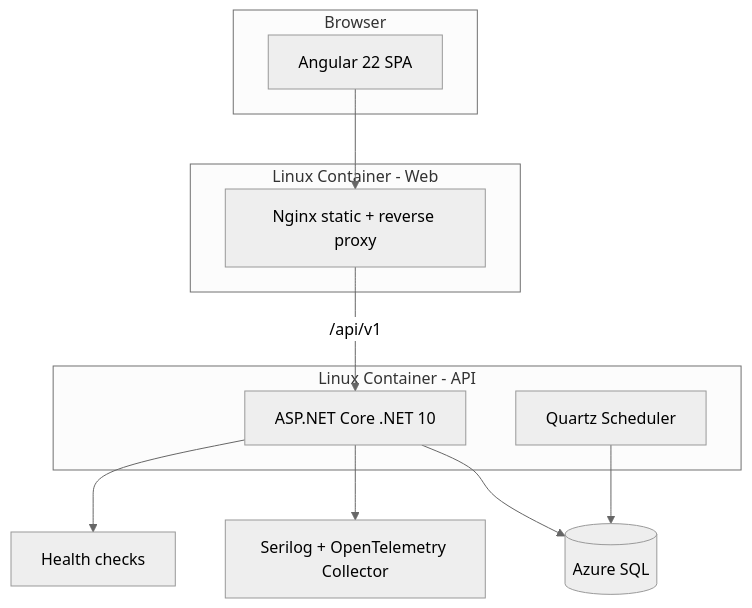
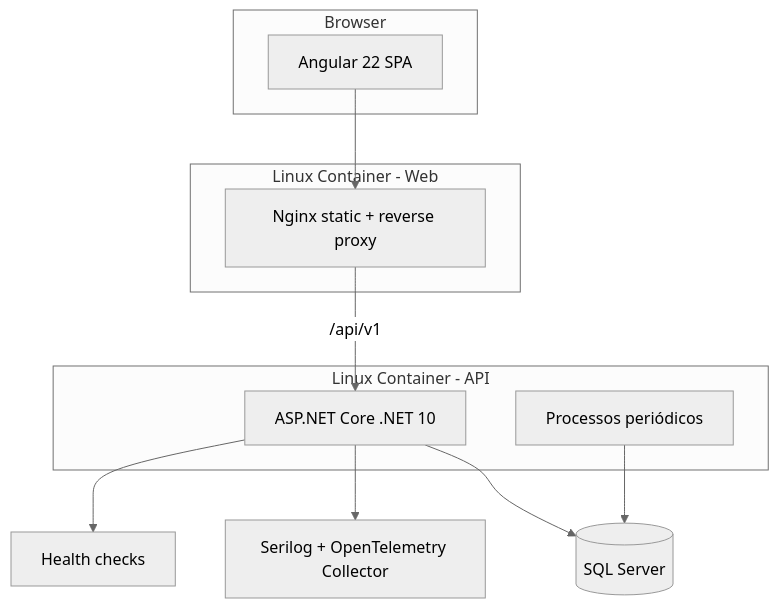
One commit to buenoIago/PontoBarber changed the second of 2 diagrams in docs/TDD.md. Above: the diagram before and after it, drawn with Mermaid (neutral theme). The commit also changed other lines of this file and 31 other files, not shown here.

````diff
--- a/docs/TDD.md
+++ b/docs/TDD.md
@@ -202,19 +202,19 @@
 ```mermaid
 flowchart TB
   subgraph Browser
     SPA[Angular 22 SPA]
   end
   subgraph Linux Container - Web
     NGINX[Nginx static + reverse proxy]
     SPA --> NGINX
   end
   subgraph Linux Container - API
     API[ASP.NET Core .NET 10]
-    Q[Quartz Scheduler]
+    Q[Processos periódicos]
   end
   NGINX -->|/api/v1| API
-  API --> DB[(Azure SQL)]
+  API --> DB[(SQL Server)]
   Q --> DB
   API --> LOG[Serilog + OpenTelemetry Collector]
   API --> HC[Health checks]
 ```
````
